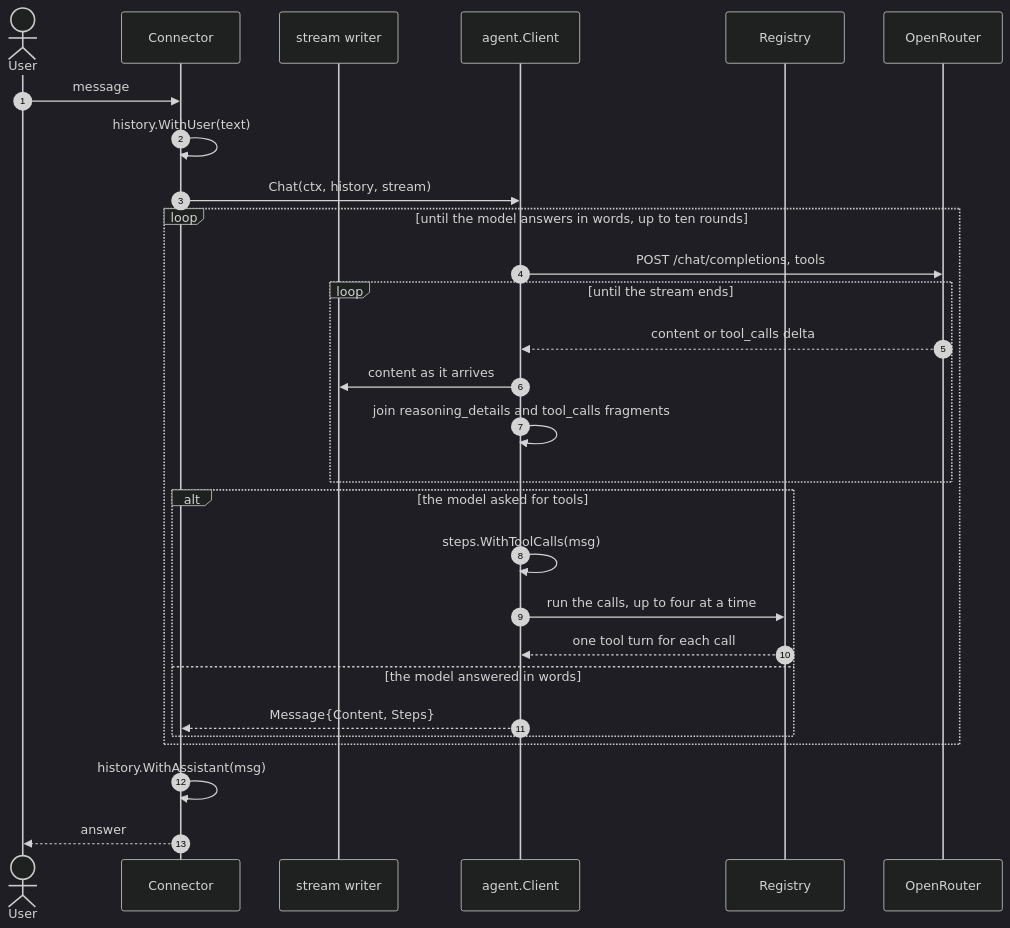
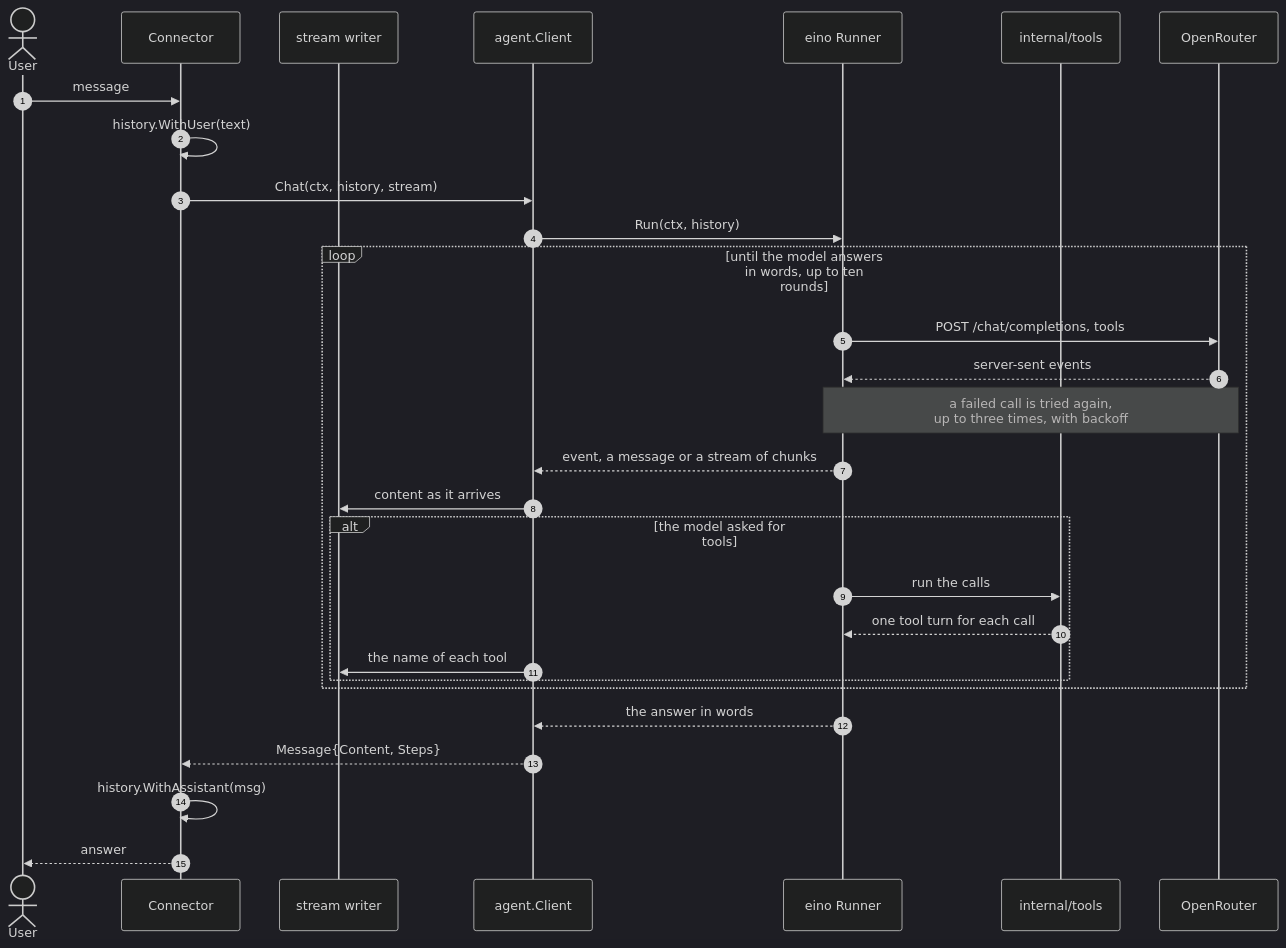
One commit to skryvets/my-agent changed the second of 2 diagrams in README.md. Above: the diagram before and after it, drawn with Mermaid (dark theme). The commit also changed other lines of this file and 35 other files, not shown here.

First line of the commit message:
Run the agentic work on eino

````diff
--- a/README.md
+++ b/README.md
@@ -305,33 +329,34 @@
 ```mermaid
 sequenceDiagram
     autonumber
     actor user as User
     participant conn as Connector
     participant out as stream writer
     participant agent as agent.Client
-    participant reg as Registry
+    participant eino as eino Runner
+    participant kit as internal/tools
     participant api as OpenRouter
 
     user->>conn: message
     conn->>conn: history.WithUser(text)
     conn->>agent: Chat(ctx, history, stream)
+    agent->>eino: Run(ctx, history)
 
     loop until the model answers in words, up to ten rounds
-        agent->>api: POST /chat/completions, tools
-        loop until the stream ends
-            api-->>agent: content or tool_calls delta
-            agent->>out: content as it arrives
-            agent->>agent: join reasoning_details and tool_calls fragments
-        end
+        eino->>api: POST /chat/completions, tools
+        api-->>eino: server-sent events
+        note over eino,api: a failed call is tried again,<br/>up to three times, with backoff
+        eino-->>agent: event, a message or a stream of chunks
+        agent->>out: content as it arrives
         alt the model asked for tools
-            agent->>agent: steps.WithToolCalls(msg)
-            agent->>reg: run the calls, up to four at a time
-            reg-->>agent: one tool turn for each call
-        else the model answered in words
-            agent-->>conn: Message{Content, Steps}
+            eino->>kit: run the calls
+            kit-->>eino: one tool turn for each call
+            agent->>out: the name of each tool
         end
     end
 
+    eino-->>agent: the answer in words
+    agent-->>conn: Message{Content, Steps}
     conn->>conn: history.WithAssistant(msg)
     conn-->>user: answer
 ```
````
